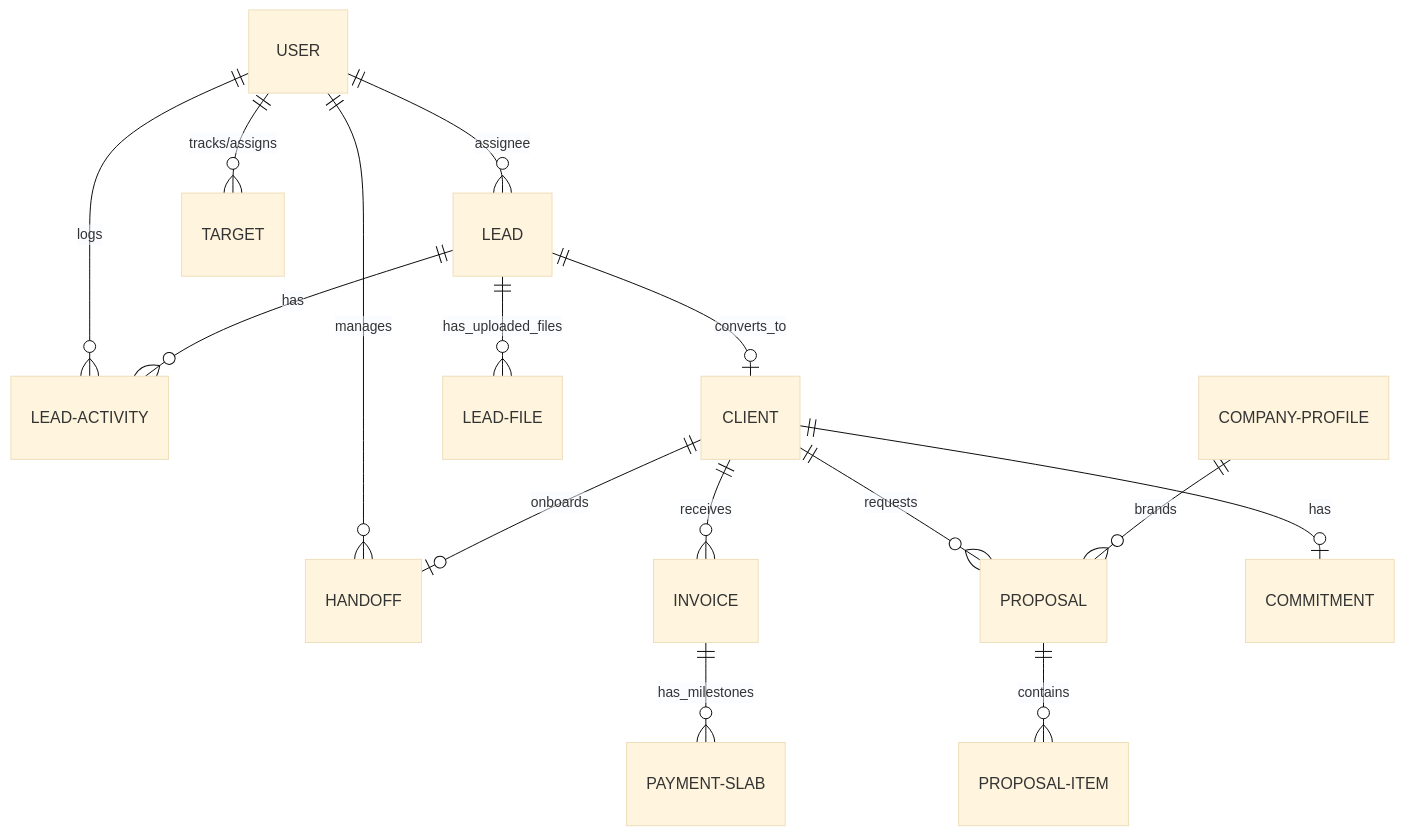
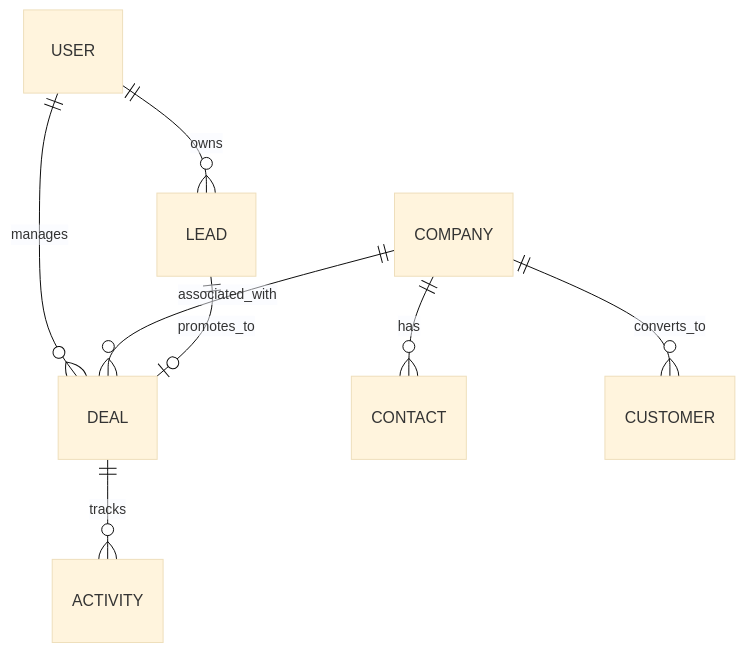
One commit to sid0803/thevertical-revops changed the second of 2 diagrams in README.md. Above: the diagram before and after it, drawn with Mermaid (base theme). The commit also changed other lines of this file and 51 other files, not shown here.

````diff
--- a/README.md
+++ b/README.md
@@ -91,17 +38,10 @@
 ```mermaid
 erDiagram
-    USER ||--o{ LEAD : "assignee"
-    USER ||--o{ LEAD-ACTIVITY : "logs"
-    USER ||--o{ TARGET : "tracks/assigns"
-    USER ||--o{ HANDOFF : "manages"
-    LEAD ||--o{ LEAD-ACTIVITY : "has"
-    LEAD ||--o| CLIENT : "converts_to"
-    LEAD ||--o{ LEAD-FILE : "has_uploaded_files"
-    CLIENT ||--o{ INVOICE : "receives"
-    CLIENT ||--o{ PROPOSAL : "requests"
-    CLIENT ||--o| COMMITMENT : "has"
-    CLIENT ||--o| HANDOFF : "onboards"
-    INVOICE ||--o{ PAYMENT-SLAB : "has_milestones"
-    PROPOSAL ||--o{ PROPOSAL-ITEM : "contains"
-    COMPANY-PROFILE ||--o{ PROPOSAL : "brands"
+    USER ||--o{ LEAD : "owns"
+    USER ||--o{ DEAL : "manages"
+    COMPANY ||--o{ CONTACT : "has"
+    COMPANY ||--o{ CUSTOMER : "converts_to"
+    COMPANY ||--o{ DEAL : "associated_with"
+    LEAD ||--o| DEAL : "promotes_to"
+    DEAL ||--o{ ACTIVITY : "tracks"
 ```
````
